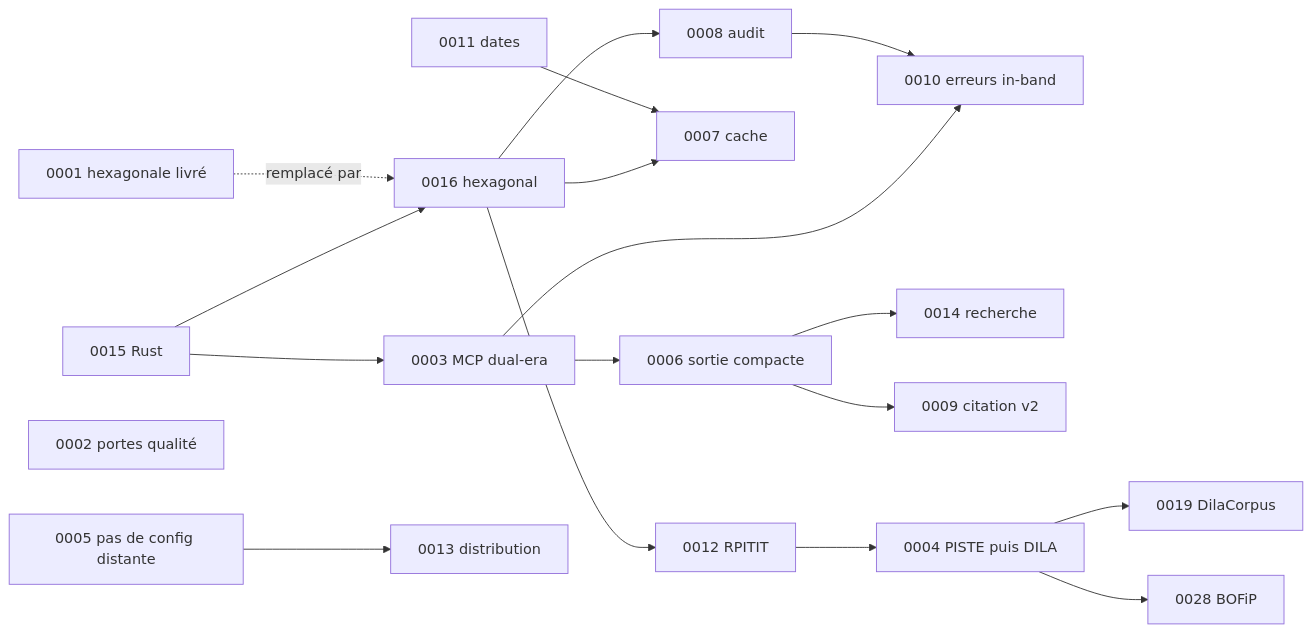
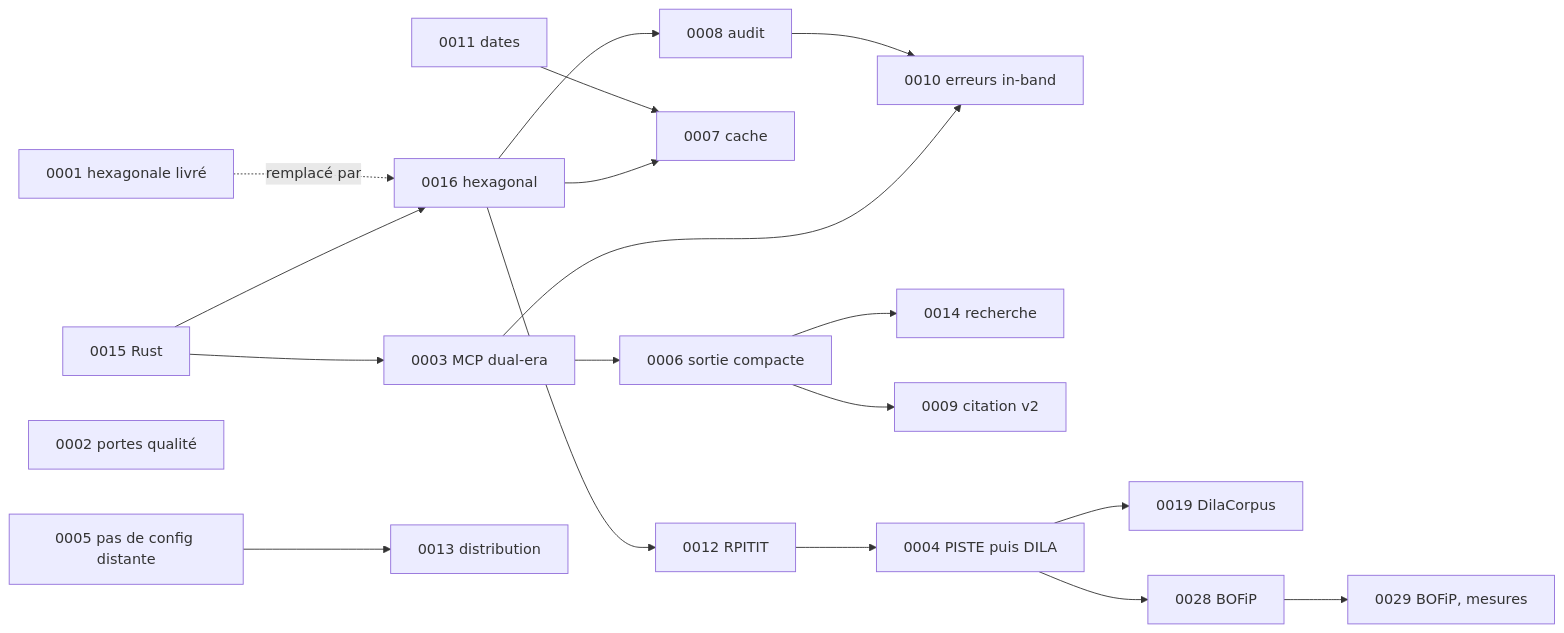
Before and after one commit to muchiny/mcp-legifrance: the second of 2 diagrams in docs/adr/README.md, drawn with Mermaid. The commit also changed other lines of this file and 9 other files, not shown here.

````diff
--- a/docs/adr/README.md
+++ b/docs/adr/README.md
@@ -148,20 +150,21 @@
 ```mermaid
 graph LR
     A15[0015 Rust] --> A16[0016 hexagonal]
     A01[0001 hexagonale livré] -. remplacé par .-> A16
     A02[0002 portes qualité]
     A16 --> A12[0012 RPITIT]
     A16 --> A7[0007 cache]
     A16 --> A8[0008 audit]
     A15 --> A3[0003 MCP dual-era]
     A3 --> A6[0006 sortie compacte]
     A3 --> A10[0010 erreurs in-band]
     A6 --> A14[0014 recherche]
     A6 --> A9[0009 citation v2]
     A12 --> A4[0004 PISTE puis DILA]
     A4 --> A19[0019 DilaCorpus]
     A4 --> A28[0028 BOFiP]
+    A28 --> A29[0029 BOFiP, mesures]
     A11[0011 dates] --> A7
     A5[0005 pas de config distante] --> A13[0013 distribution]
     A8 --> A10
 ```
````
